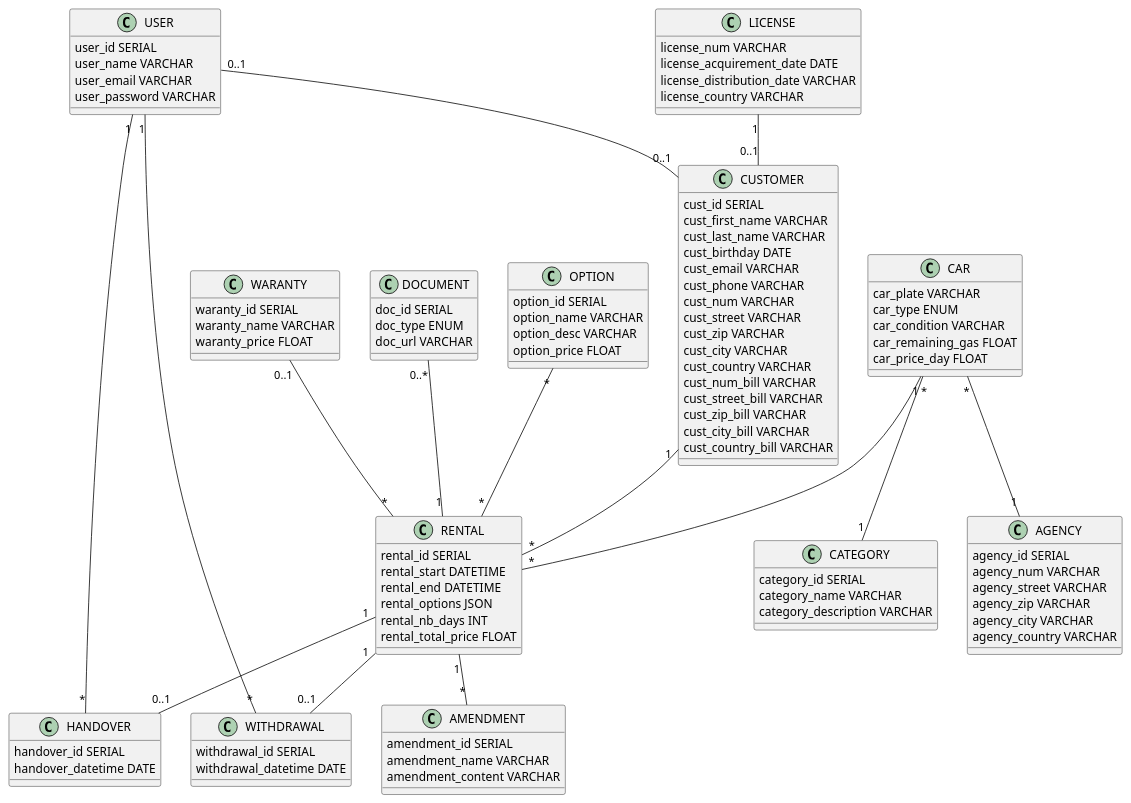
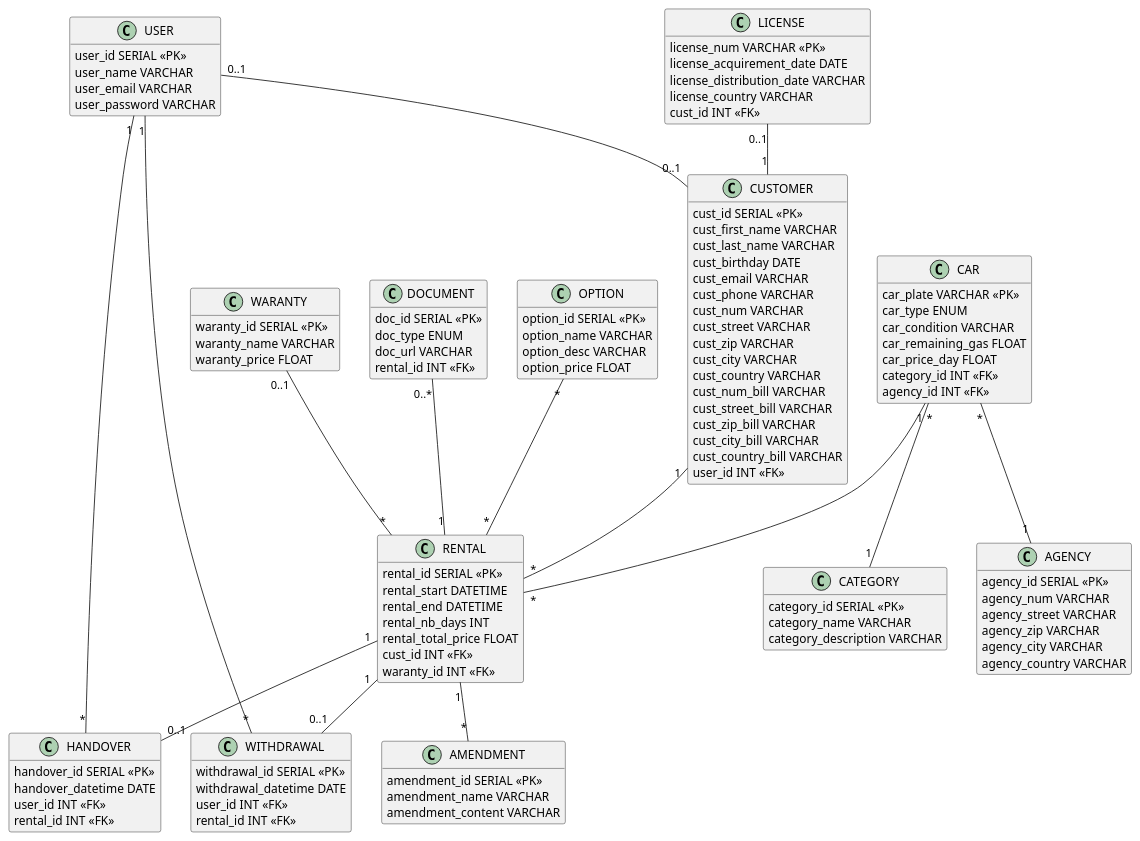
One commit to axelriv62/roulmapoul-api changed the diagram in diagram.puml. Above: the diagram before and after it, drawn with PlantUML. The commit also changed other lines of this file, not shown here.

Commit message:
docs: ajout des clés dans le diagramme uml

```diff
--- a/diagram.puml
+++ b/diagram.puml
@@ -2,118 +1,129 @@
 @startuml
+hide empty members
 
 class USER {
-    user_id SERIAL
+    user_id SERIAL <<PK>>
     user_name VARCHAR
     user_email VARCHAR
     user_password VARCHAR
 }
 
 class CUSTOMER {
-    cust_id SERIAL
+    cust_id SERIAL <<PK>>
     cust_first_name VARCHAR
     cust_last_name VARCHAR
     cust_birthday DATE
     cust_email VARCHAR
     cust_phone VARCHAR
     cust_num VARCHAR
     cust_street VARCHAR
     cust_zip VARCHAR
     cust_city VARCHAR
     cust_country VARCHAR
     cust_num_bill VARCHAR
     cust_street_bill VARCHAR
     cust_zip_bill VARCHAR
     cust_city_bill VARCHAR
     cust_country_bill VARCHAR
+    user_id INT <<FK>>
 }
 
 class RENTAL {
-    rental_id SERIAL
+    rental_id SERIAL <<PK>>
     rental_start DATETIME
     rental_end DATETIME
-    rental_options JSON
     rental_nb_days INT
     rental_total_price FLOAT
+    cust_id INT <<FK>>
+    waranty_id INT <<FK>>
 }
 
 class LICENSE {
-    license_num VARCHAR
+    license_num VARCHAR <<PK>>
     license_acquirement_date DATE
     license_distribution_date VARCHAR
     license_country VARCHAR
+    cust_id INT <<FK>>
 }
 
 class WARANTY {
-    waranty_id SERIAL
+    waranty_id SERIAL <<PK>>
     waranty_name VARCHAR
     waranty_price FLOAT
 }
 
 class AMENDMENT {
-    amendment_id SERIAL
+    amendment_id SERIAL <<PK>>
     amendment_name VARCHAR
     amendment_content VARCHAR
 }
 
 class DOCUMENT {
-    doc_id SERIAL
+    doc_id SERIAL <<PK>>
     doc_type ENUM
     doc_url VARCHAR
+    rental_id INT <<FK>>
 }
 
 class WITHDRAWAL {
-    withdrawal_id SERIAL
+    withdrawal_id SERIAL <<PK>>
     withdrawal_datetime DATE
+    user_id INT <<FK>>
+    rental_id INT <<FK>>
 }
 
 class HANDOVER {
-    handover_id SERIAL
+    handover_id SERIAL <<PK>>
     handover_datetime DATE
+    user_id INT <<FK>>
+    rental_id INT <<FK>>
 }
 
 class CAR {
-    car_plate VARCHAR
+    car_plate VARCHAR <<PK>>
     car_type ENUM
     car_condition VARCHAR
     car_remaining_gas FLOAT
     car_price_day FLOAT
+    category_id INT <<FK>>
+    agency_id INT <<FK>>
 }
 
 class OPTION {
-    option_id SERIAL
+    option_id SERIAL <<PK>>
     option_name VARCHAR
     option_desc VARCHAR
     option_price FLOAT
 }
 
 class CATEGORY {
-    category_id SERIAL
+    category_id SERIAL <<PK>>
     category_name VARCHAR
     category_description VARCHAR
 }
 
 class AGENCY {
-    agency_id SERIAL
+    agency_id SERIAL <<PK>>
     agency_num VARCHAR
     agency_street VARCHAR
     agency_zip VARCHAR
     agency_city VARCHAR
     agency_country VARCHAR
 }
 
 CAR "*" -- "1" AGENCY
 CAR "*" -- "1" CATEGORY
 CAR "1" -- "*" RENTAL
 RENTAL "1" -- "*" AMENDMENT
 RENTAL "1" -- "0..1" WITHDRAWAL
 WITHDRAWAL "*" -- "1" USER
 USER "0..1" -- "0..1" CUSTOMER
-LICENSE "1" -- "0..1" CUSTOMER
+LICENSE "0..1" -- "1" CUSTOMER
 WARANTY "0..1" -- "*" RENTAL
 OPTION "*" -- "*" RENTAL
 DOCUMENT "0..*" -- "1" RENTAL
 USER "1" -- "*" HANDOVER
 RENTAL "1" -- "0..1" HANDOVER
 CUSTOMER "1" -- "*" RENTAL
 
 @enduml
```
